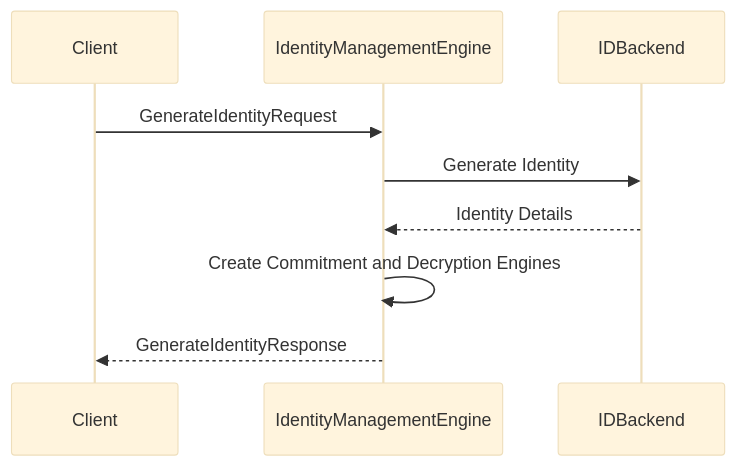
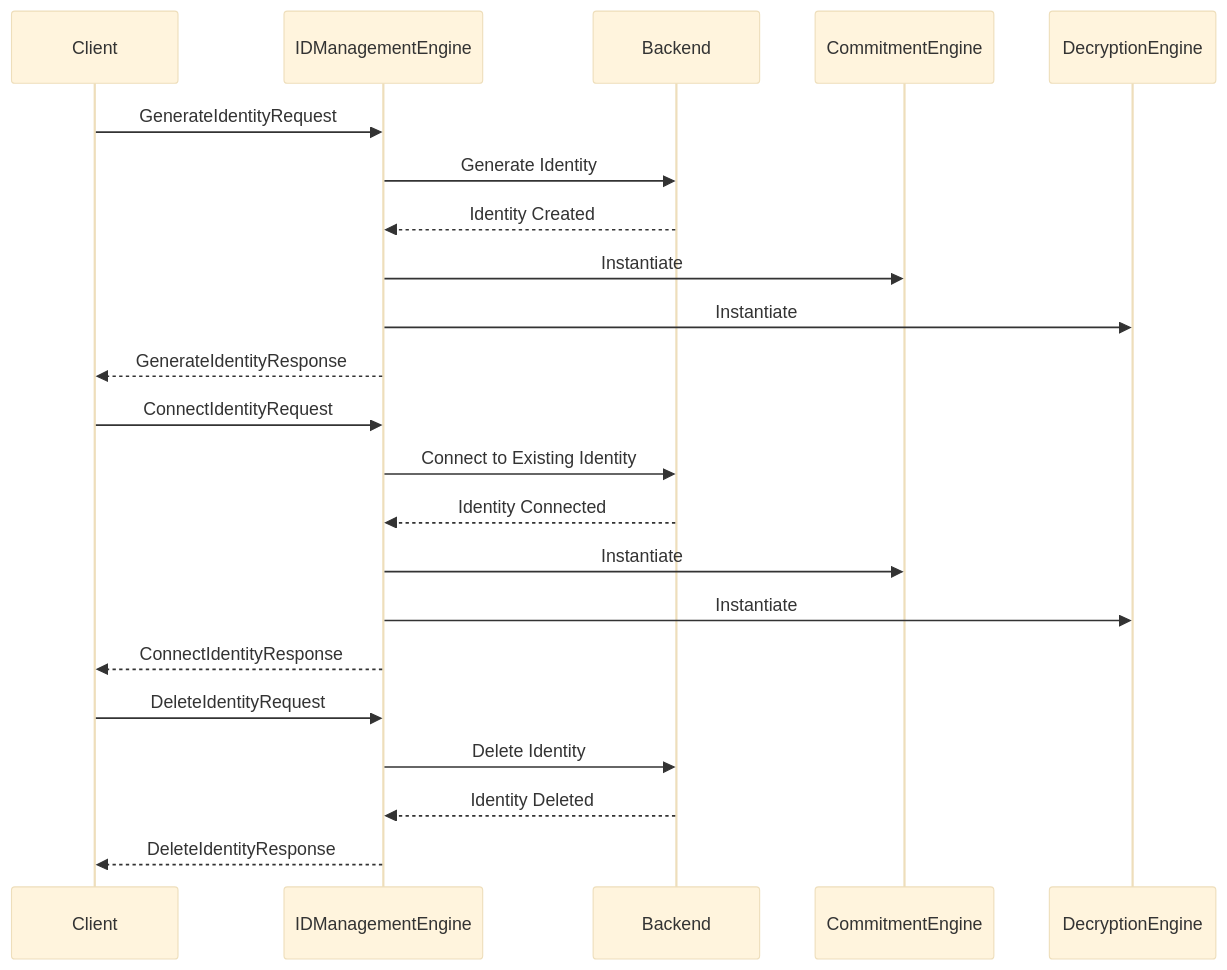
Before and after one commit to anoma/nspec: the diagram in docs/node_architecture/engines/identity_management_overview.juvix.md, drawn with Mermaid (base theme). The commit also changed other lines of this file and 10 other files, not shown here.

Commit message:
Semifinalize decryption engine

````diff
--- a/docs/node_architecture/engines/identity_management_overview.juvix.md
+++ b/docs/node_architecture/engines/identity_management_overview.juvix.md
@@ -169,12 +169,27 @@
 ```mermaid
 sequenceDiagram
     participant Client
-    participant IdentityManagementEngine
-    participant IDBackend
+    participant IDManagementEngine
+    participant Backend
+    participant CommitmentEngine
+    participant DecryptionEngine
 
-    Client ->> IdentityManagementEngine: GenerateIdentityRequest
-    IdentityManagementEngine ->> IDBackend: Generate Identity
-    IDBackend -->> IdentityManagementEngine: Identity Details
-    IdentityManagementEngine ->> IdentityManagementEngine: Create Commitment and Decryption Engines
-    IdentityManagementEngine -->> Client: GenerateIdentityResponse
+    Client->>IDManagementEngine: GenerateIdentityRequest
+    IDManagementEngine->>Backend: Generate Identity
+    Backend-->>IDManagementEngine: Identity Created
+    IDManagementEngine->>CommitmentEngine: Instantiate
+    IDManagementEngine->>DecryptionEngine: Instantiate
+    IDManagementEngine-->>Client: GenerateIdentityResponse
+
+    Client->>IDManagementEngine: ConnectIdentityRequest
+    IDManagementEngine->>Backend: Connect to Existing Identity
+    Backend-->>IDManagementEngine: Identity Connected
+    IDManagementEngine->>CommitmentEngine: Instantiate
+    IDManagementEngine->>DecryptionEngine: Instantiate
+    IDManagementEngine-->>Client: ConnectIdentityResponse
+
+    Client->>IDManagementEngine: DeleteIdentityRequest
+    IDManagementEngine->>Backend: Delete Identity
+    Backend-->>IDManagementEngine: Identity Deleted
+    IDManagementEngine-->>Client: DeleteIdentityResponse
 ```
````
